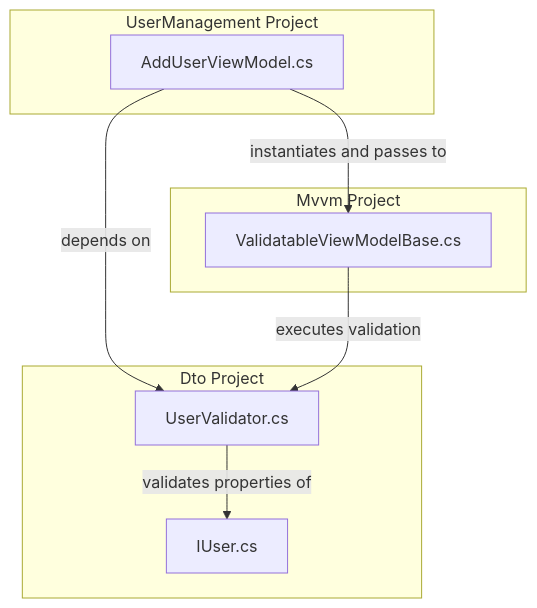
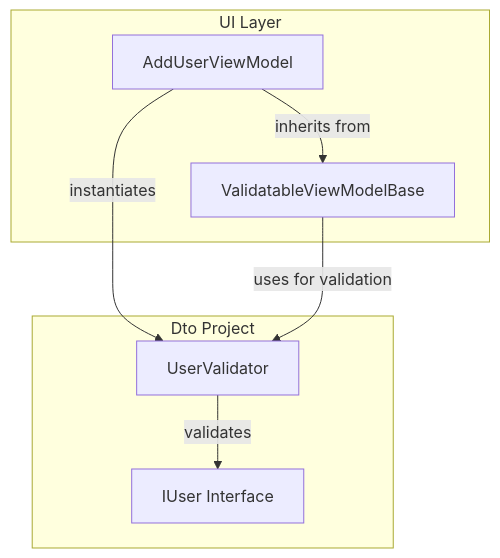
One commit to wetzlmaier-scch/mvvm changed the diagram in doc/Dto/Validation.md. Above: the diagram before and after it, drawn with Mermaid. The commit also changed other lines of this file and 111 other files, not shown here.

````diff
--- a/doc/Dto/Validation.md
+++ b/doc/Dto/Validation.md
@@ -17,20 +17,17 @@
 ```mermaid
 flowchart TD
     subgraph "Dto Project"
-        IUser["IUser.cs"]
-        UV["UserValidator.cs"]
+        IUser["IUser Interface"]
+        UserValidator["UserValidator"]
     end
     
-    subgraph "Mvvm Project"
-        VB["ValidatableViewModelBase.cs"]
-    end
-    
-    subgraph "UserManagement Project"
-        AUV["AddUserViewModel.cs"]
+    subgraph "UI Layer"
+        AddUserViewModel["AddUserViewModel"]
+        BaseViewModel["ValidatableViewModelBase"]
     end
 
-    AUV -->|instantiates and passes to| VB
-    AUV -->|depends on| UV
-    VB -->|executes validation| UV
-    UV -->|validates properties of| IUser
+    AddUserViewModel -->|instantiates| UserValidator
+    AddUserViewModel -->|inherits from| BaseViewModel
+    BaseViewModel -->|uses for validation| UserValidator
+    UserValidator -->|validates| IUser
 ```
````
